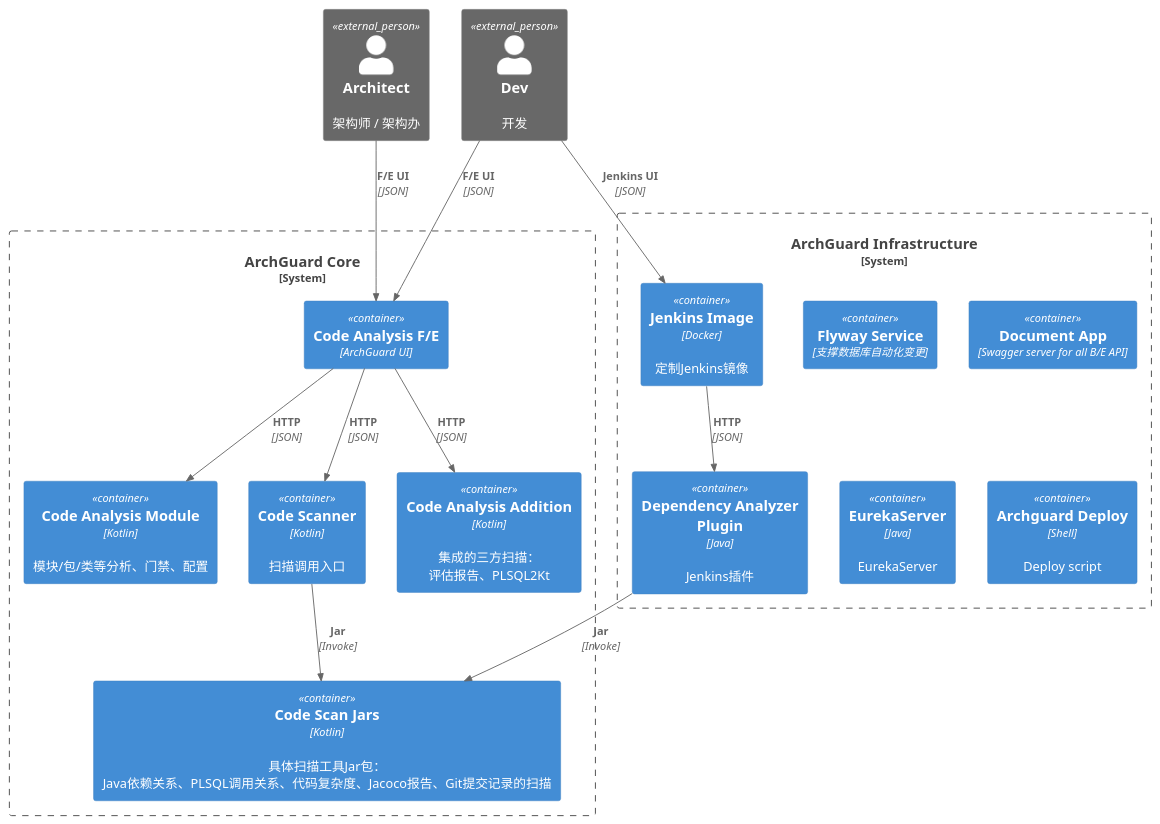
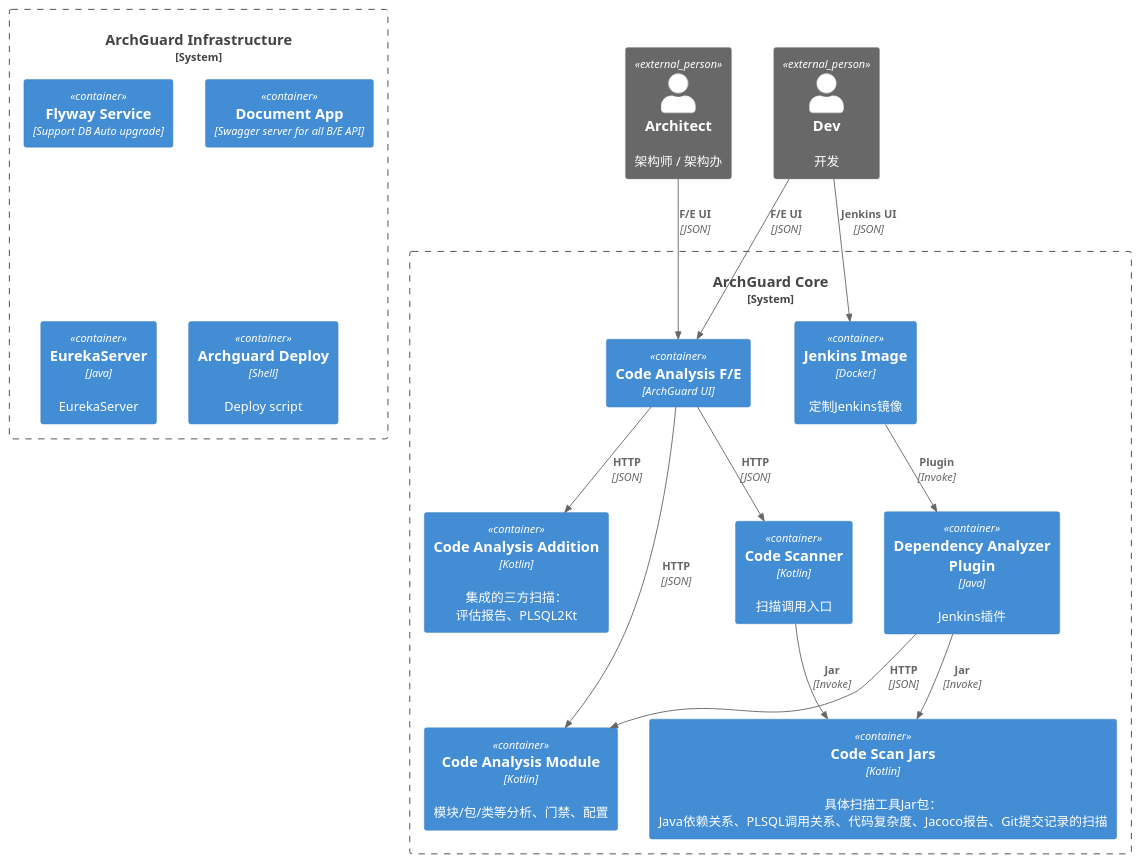
Before and after one commit to archguard/archguard.org: the diagram in diagram.puml, drawn with PlantUML.

```diff
--- a/diagram.puml
+++ b/diagram.puml
@@ -1,36 +1,36 @@
-@startuml C4_Elements
+@startuml
 !includeurl https://raw.githubusercontent.com/RicardoNiepel/C4-PlantUML/release/1-0/C4_Container.puml
 
 Person_Ext(user1, "Architect", "架构师 / 架构办")
 Person_Ext(user2, "Dev", "开发")
 
 System_Boundary(c1, "ArchGuard Core") {
     Container(codeAnalysisFE, "Code Analysis F/E", "ArchGuard UI")
     Container(codeAnalysisModule, "Code Analysis Module", "Kotlin", "模块/包/类等分析、门禁、配置")
     Container(codeScanner, "Code Scanner", "Kotlin", "扫描调用入口")
     Container(codeScanTools , "Code Scan Jars", "Kotlin", "具体扫描工具Jar包：Java依赖关系、PLSQL调用关系、代码复杂度、Jacoco报告、Git提交记录的扫描")
     Container(codeAnalysisAddition, "Code Analysis Addition", "Kotlin", "集成的三方扫描：评估报告、PLSQL2Kt")
+  Container(jenkins, "Jenkins Image", "Docker","定制Jenkins镜像")
+  Container(dependencyAnalyzerPlugin, "Dependency Analyzer Plugin", "Java", "Jenkins插件")
 }
 
 System_Boundary(c2, "ArchGuard Infrastructure") {
-  Container(jenkins, "Jenkins Image", "Docker","定制Jenkins镜像")
-  Container(dependencyAnalyzerPlugin, "Dependency Analyzer Plugin", "Java", "Jenkins插件")
-  Container(flywayService, "Flyway Service", "支撑数据库自动化变更")
+  Container(flywayService, "Flyway Service", "Support DB Auto upgrade")
   Container(documentApp, "Document App", "Swagger server for all B/E API")
   Container(eurekaServer, "EurekaServer", "Java", "EurekaServer")  
   Container(archguardDeploy, "Archguard Deploy", "Shell", "Deploy script")  
 }
 
 
 Rel(user1, codeAnalysisFE, "F/E UI", "JSON")
 Rel(user2, codeAnalysisFE, "F/E UI", "JSON")
 Rel(user2, jenkins, "Jenkins UI", "JSON")
 
 Rel(codeAnalysisFE, codeAnalysisModule, "HTTP", "JSON")
 Rel(codeAnalysisFE, codeScanner, "HTTP", "JSON")
 Rel(codeAnalysisFE, codeAnalysisAddition, "HTTP", "JSON")
 Rel(codeScanner, codeScanTools, "Jar", "Invoke")
 Rel(dependencyAnalyzerPlugin, codeScanTools, "Jar", "Invoke")
-Rel(jenkins, dependencyAnalyzerPlugin, "HTTP", "JSON")
-
+Rel(dependencyAnalyzerPlugin, codeAnalysisModule, "HTTP", "JSON")
+Rel(jenkins, dependencyAnalyzerPlugin, "Plugin", "Invoke")
 @enduml
```
